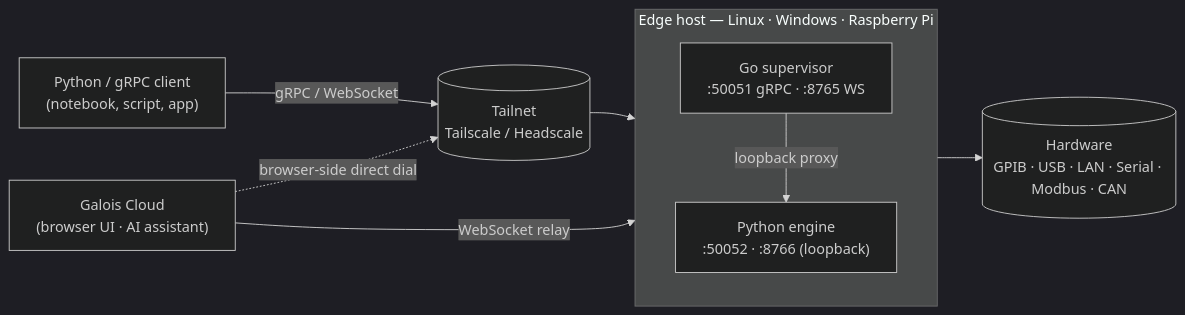
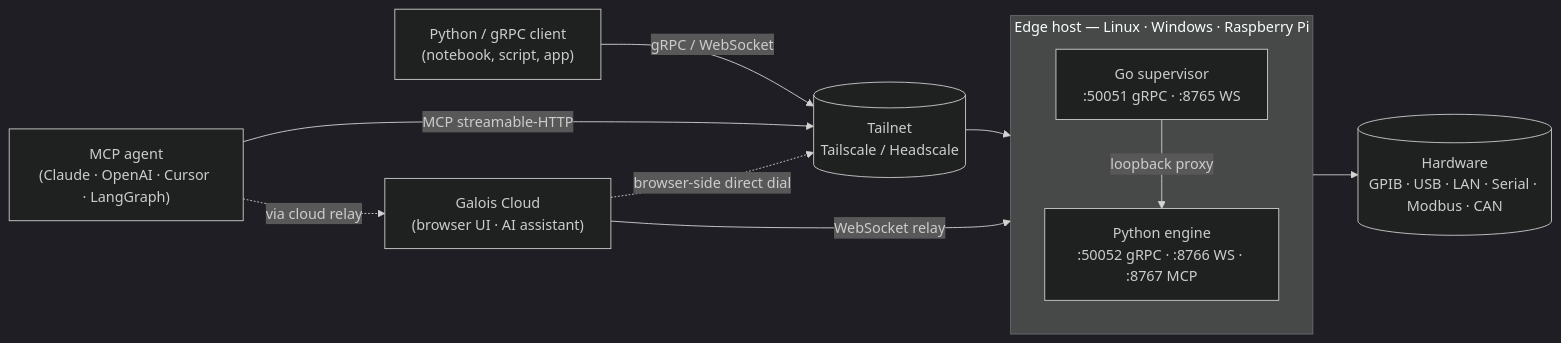
The diagram in README.md (Galois-Labs/edge), drawn with Mermaid (dark theme) before and after one commit. The commit also changed other lines of this file, not shown here.

````diff
--- a/README.md
+++ b/README.md
@@ -76,20 +132,23 @@
 ```mermaid
 flowchart LR
     Client["Python / gRPC client<br/>(notebook, script, app)"]
+    Agent["MCP agent<br/>(Claude · OpenAI · Cursor · LangGraph)"]
     Cloud["Galois Cloud<br/>(browser UI · AI assistant)"]
     Tailnet[("Tailnet<br/>Tailscale / Headscale")]
 
     subgraph Edge["Edge host — Linux · Windows · Raspberry Pi"]
       direction TB
       Go["Go supervisor<br/>:50051 gRPC · :8765 WS"]
-      Py["Python engine<br/>:50052 · :8766 (loopback)"]
+      Py["Python engine<br/>:50052 gRPC · :8766 WS · :8767 MCP"]
       Go -- "loopback proxy" --> Py
     end
 
     Inst[("Hardware<br/>GPIB · USB · LAN · Serial · Modbus · CAN")]
 
     Client -- "gRPC / WebSocket" --> Tailnet --> Go
+    Agent -- "MCP streamable-HTTP" --> Tailnet
+    Agent -. "via cloud relay" .-> Cloud
     Cloud -- "WebSocket relay" --> Go
     Cloud -. "browser-side direct dial" .-> Tailnet
     Py --> Inst
 ```
````
